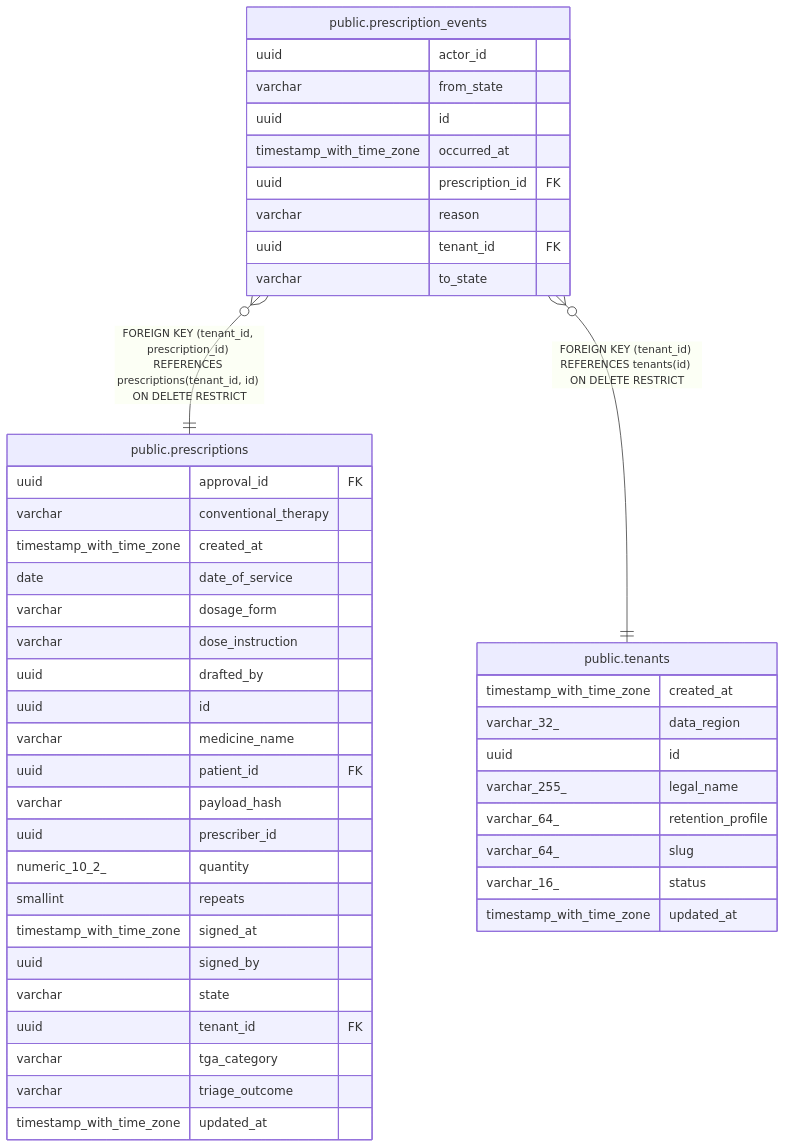
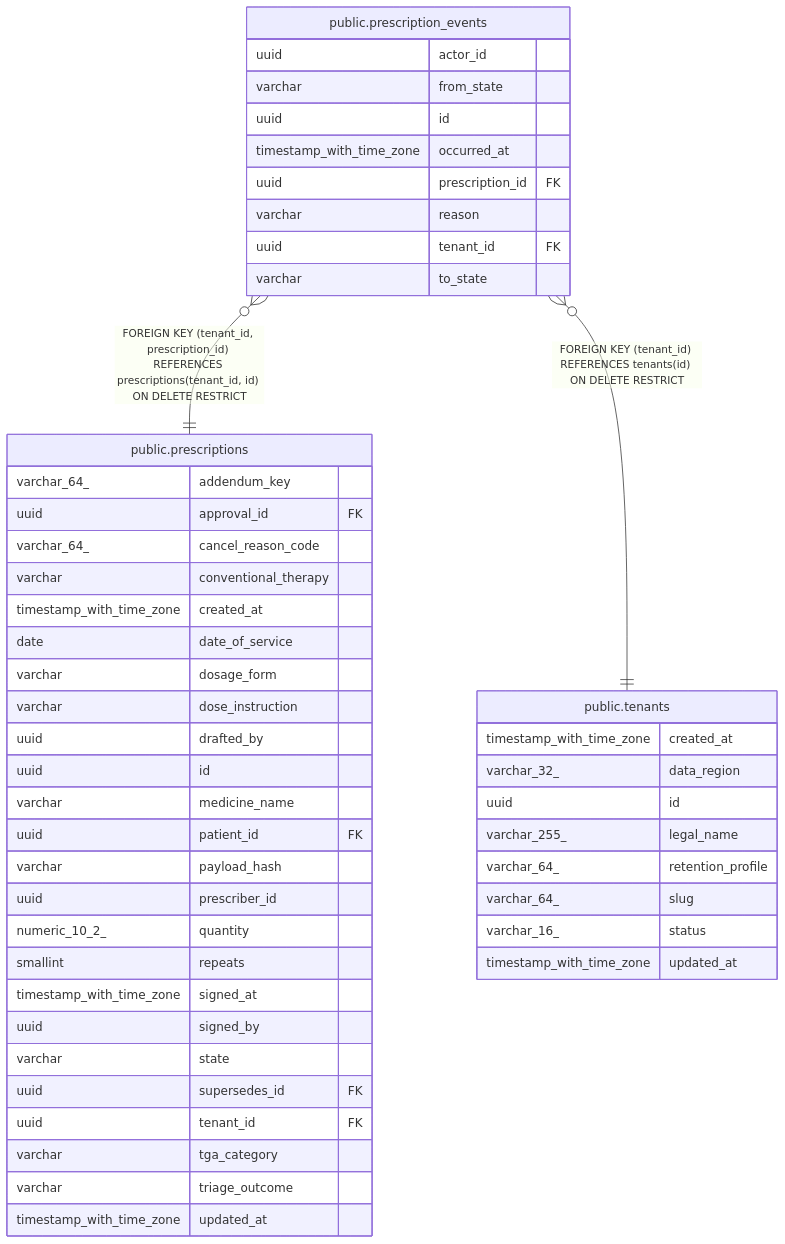
The diagram in docs/reference/schema/public.prescription_events.md (irajput215/clinic-os), drawn with Mermaid before and after one commit. The commit also changed 6 other files, not shown here.

Commit message:
docs(schema): regenerate the diagrams for the prescription addendum and cancel columns

````diff
--- a/docs/reference/schema/public.prescription_events.md
+++ b/docs/reference/schema/public.prescription_events.md
@@ -44,50 +44,53 @@
 ```mermaid
 erDiagram
 
 "public.prescription_events" }o--|| "public.prescriptions" : "FOREIGN KEY (tenant_id, prescription_id) REFERENCES prescriptions(tenant_id, id) ON DELETE RESTRICT"
 "public.prescription_events" }o--|| "public.tenants" : "FOREIGN KEY (tenant_id) REFERENCES tenants(id) ON DELETE RESTRICT"
 
 "public.prescription_events" {
   uuid actor_id
   varchar from_state
   uuid id
   timestamp_with_time_zone occurred_at
   uuid prescription_id FK
   varchar reason
   uuid tenant_id FK
   varchar to_state
 }
 "public.prescriptions" {
+  varchar_64_ addendum_key
   uuid approval_id FK
+  varchar_64_ cancel_reason_code
   varchar conventional_therapy
   timestamp_with_time_zone created_at
   date date_of_service
   varchar dosage_form
   varchar dose_instruction
   uuid drafted_by
   uuid id
   varchar medicine_name
   uuid patient_id FK
   varchar payload_hash
   uuid prescriber_id
   numeric_10_2_ quantity
   smallint repeats
   timestamp_with_time_zone signed_at
   uuid signed_by
   varchar state
+  uuid supersedes_id FK
   uuid tenant_id FK
   varchar tga_category
   varchar triage_outcome
   timestamp_with_time_zone updated_at
 }
 "public.tenants" {
   timestamp_with_time_zone created_at
   varchar_32_ data_region
   uuid id
   varchar_255_ legal_name
   varchar_64_ retention_profile
   varchar_64_ slug
   varchar_16_ status
   timestamp_with_time_zone updated_at
 }
 ```
````
